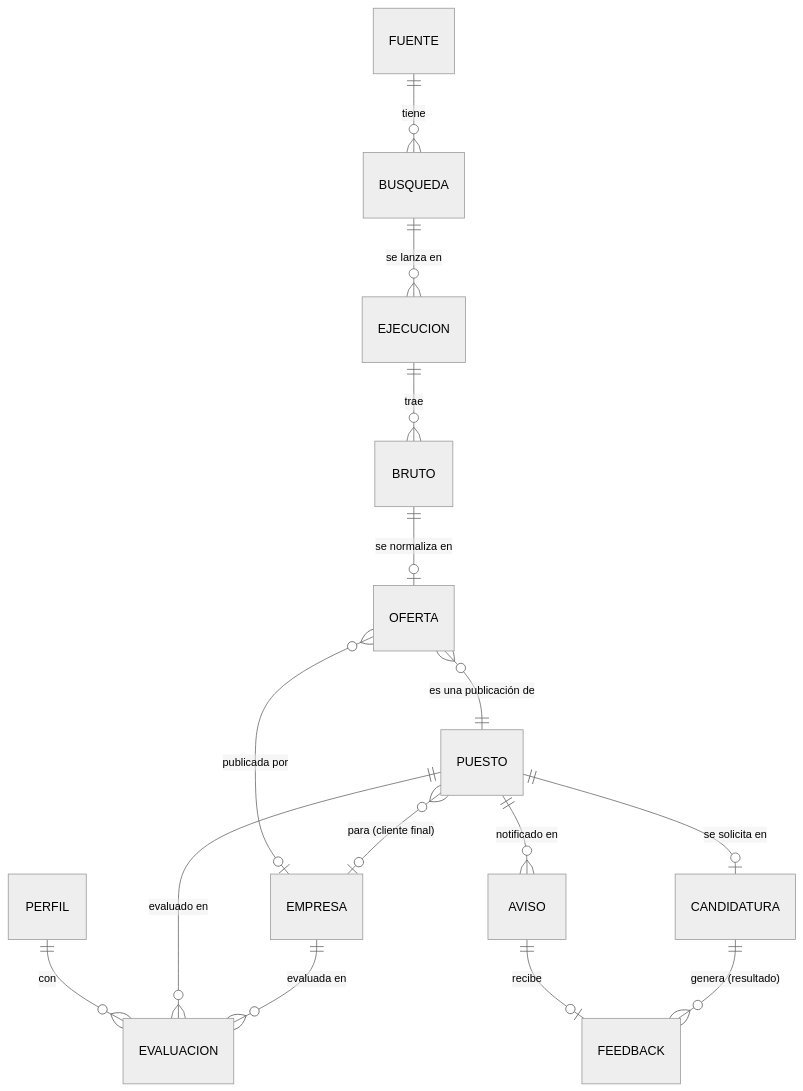
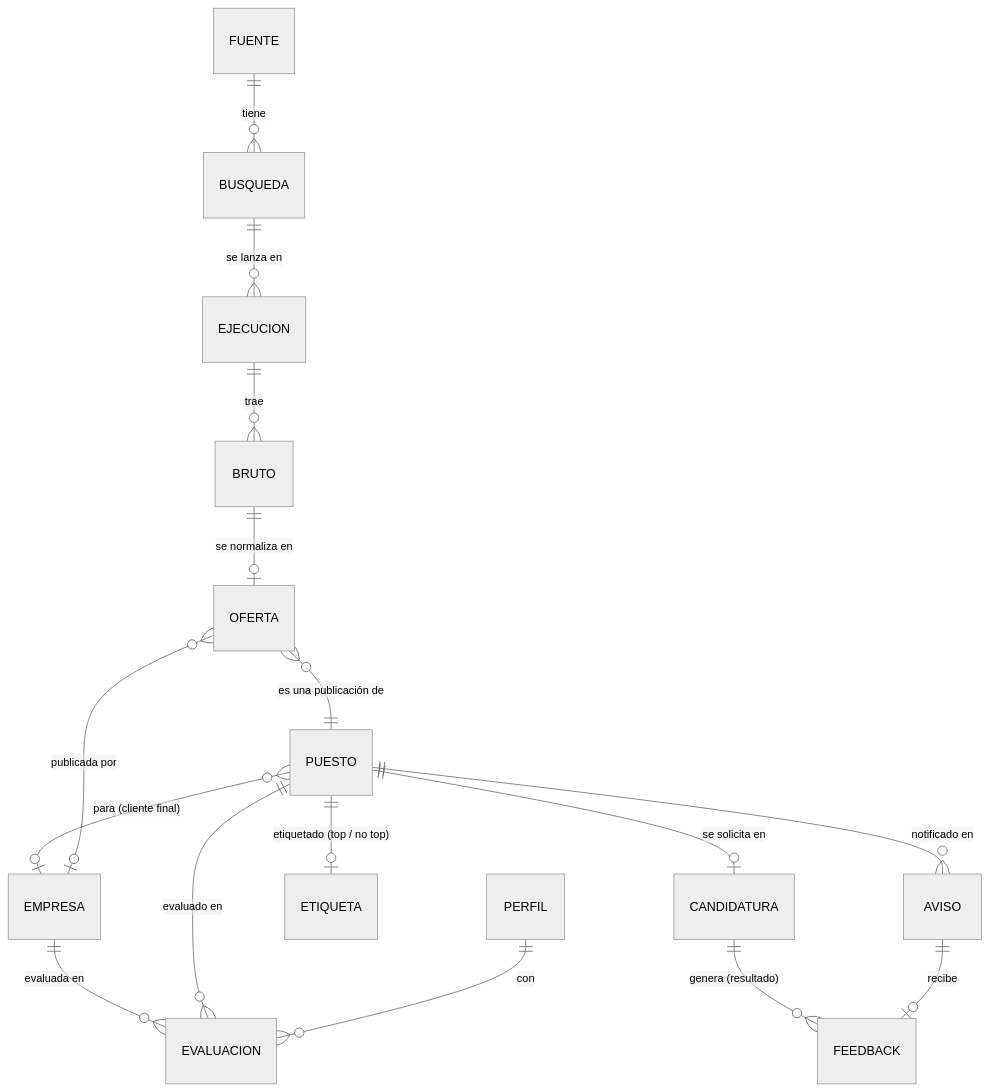
Before and after one commit to rubenhig/job-radar: the diagram in docs/modelo.md, drawn with Mermaid (neutral theme). The commit also changed other lines of this file and 13 other files, not shown here.

````diff
--- a/docs/modelo.md
+++ b/docs/modelo.md
@@ -15,17 +15,18 @@
 ```mermaid
 erDiagram
     FUENTE ||--o{ BUSQUEDA : "tiene"
     BUSQUEDA ||--o{ EJECUCION : "se lanza en"
     EJECUCION ||--o{ BRUTO : "trae"
     BRUTO ||--o| OFERTA : "se normaliza en"
     OFERTA }o--|| PUESTO : "es una publicación de"
     OFERTA }o--o| EMPRESA : "publicada por"
     PUESTO }o--o| EMPRESA : "para (cliente final)"
     PERFIL ||--o{ EVALUACION : "con"
     PUESTO ||--o{ EVALUACION : "evaluado en"
     EMPRESA ||--o{ EVALUACION : "evaluada en"
+    PUESTO ||--o| ETIQUETA : "etiquetado (top / no top)"
     PUESTO ||--o{ AVISO : "notificado en"
     AVISO ||--o| FEEDBACK : "recibe"
     PUESTO ||--o| CANDIDATURA : "se solicita en"
     CANDIDATURA ||--o{ FEEDBACK : "genera (resultado)"
 ```
````
